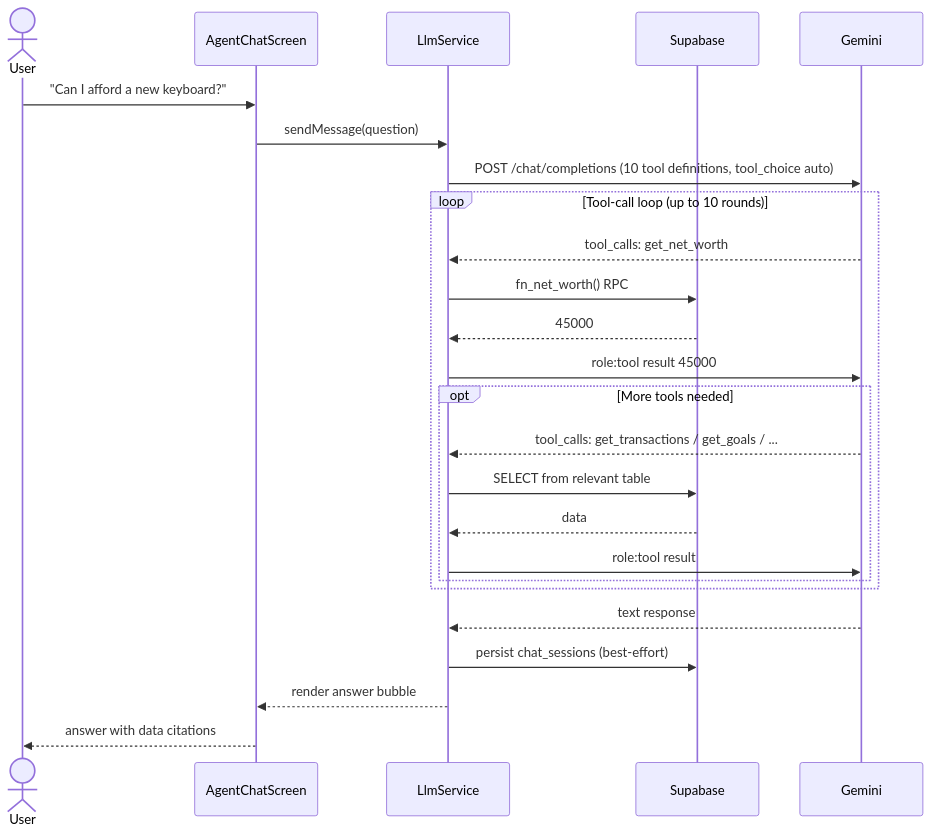
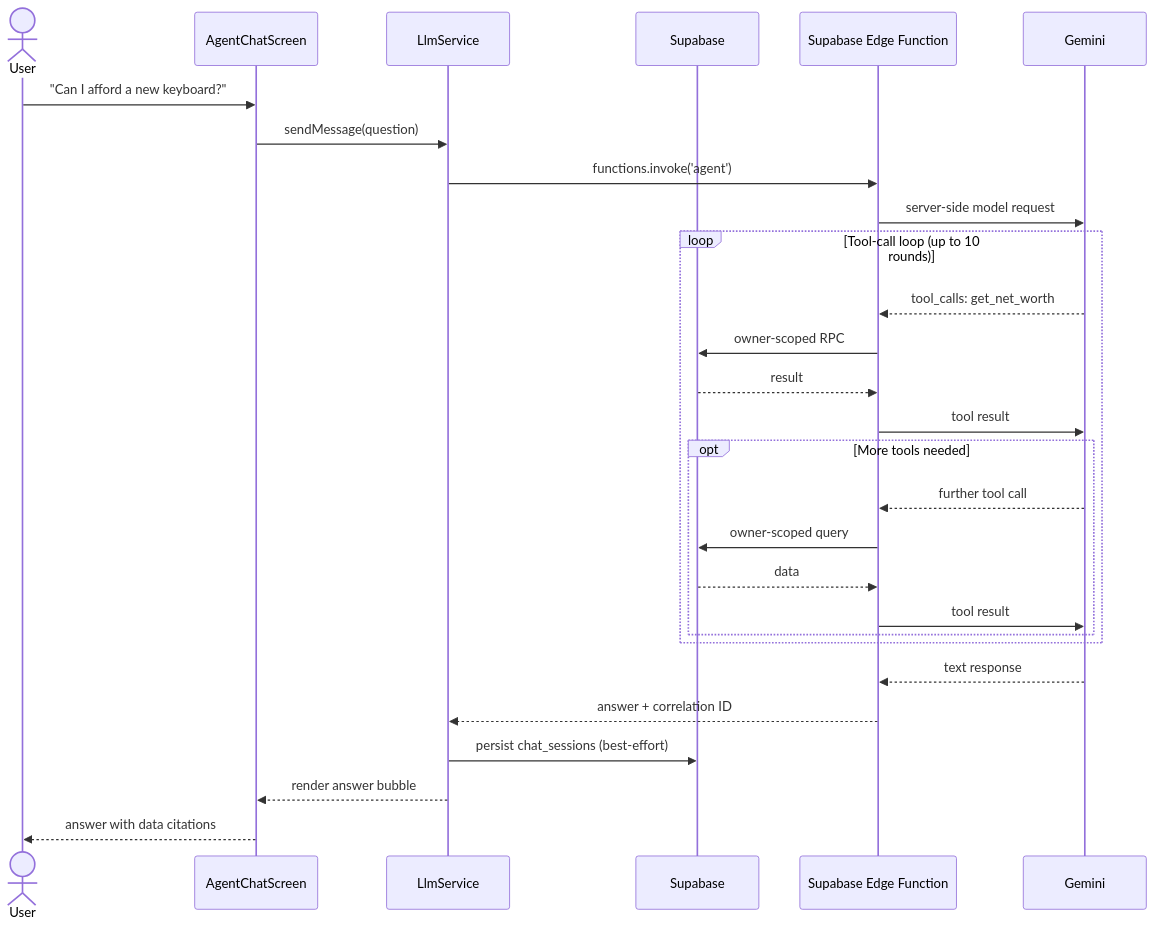
Before and after one commit to maybemnv/Financial-Tracker: the fifth of 5 diagrams in docs/ARCHITECTURE.md, drawn with Mermaid. The commit also changed other lines of this file and 11 other files, not shown here.

````diff
--- a/docs/ARCHITECTURE.md
+++ b/docs/ARCHITECTURE.md
@@ -173,31 +171,34 @@
 ```mermaid
 sequenceDiagram
     actor User
     participant App as AgentChatScreen
     participant LS as LlmService
     participant Supabase
+    participant Edge as Supabase Edge Function
     participant Gemini
 
     User->>App: "Can I afford a new keyboard?"
     App->>LS: sendMessage(question)
-    LS->>Gemini: POST /chat/completions (10 tool definitions, tool_choice auto)
+    LS->>Edge: functions.invoke('agent')
+    Edge->>Gemini: server-side model request
 
     loop Tool-call loop (up to 10 rounds)
-        Gemini-->>LS: tool_calls: get_net_worth
-        LS->>Supabase: fn_net_worth() RPC
-        Supabase-->>LS: 45000
-        LS->>Gemini: role:tool result 45000
+        Gemini-->>Edge: tool_calls: get_net_worth
+        Edge->>Supabase: owner-scoped RPC
+        Supabase-->>Edge: result
+        Edge->>Gemini: tool result
 
         opt More tools needed
-            Gemini-->>LS: tool_calls: get_transactions / get_goals / ...
-            LS->>Supabase: SELECT from relevant table
-            Supabase-->>LS: data
-            LS->>Gemini: role:tool result
+            Gemini-->>Edge: further tool call
+            Edge->>Supabase: owner-scoped query
+            Supabase-->>Edge: data
+            Edge->>Gemini: tool result
         end
     end
 
-    Gemini-->>LS: text response
+    Gemini-->>Edge: text response
+    Edge-->>LS: answer + correlation ID
     LS->>Supabase: persist chat_sessions (best-effort)
     LS-->>App: render answer bubble
     App-->>User: answer with data citations
 ```
````
